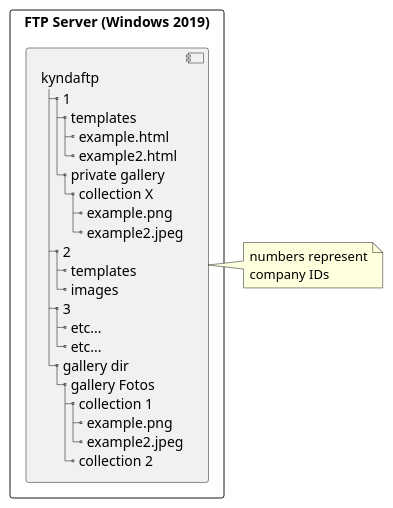
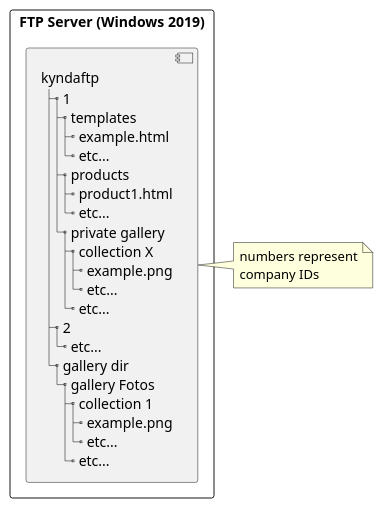
Before and after one commit to NielsPoldervaart/Project-C-Groep-4: the diagram in Diagrams (PlantUml)/FTPServerModel.plantuml, drawn with PlantUML. The commit also changed 1 other file, not shown here.

Commit message:
Updated server model, added product_routes (todo)

```diff
--- a/Diagrams (PlantUml)/FTPServerModel.plantuml
+++ b/Diagrams (PlantUml)/FTPServerModel.plantuml
@@ -1,31 +1,31 @@
 @startuml FTPServerModel
 rectangle "FTP Server (Windows 2019)" {
     component A [
         kyndaftp
         |_ 1
           |_ templates
             |_ example.html 
-            |_ example2.html
+            |_ etc...
+          |_ products
+            |_ product1.html
+            |_ etc...
           |_ private gallery
             |_ collection X
               |_ example.png
-              |_ example2.jpeg
+              |_ etc...
+            |_ etc...
         |_ 2
-          |_ templates
-          |_ images
-        |_ 3
-          |_ etc...
           |_ etc...
         |_ gallery dir
           |_ gallery Fotos
             |_ collection 1
               |_ example.png
-              |_ example2.jpeg
-            |_ collection 2
+              |_ etc...
+            |_ etc...
     ]
 }
 note right of A
 numbers represent
 company IDs
 end note
 @enduml
```
